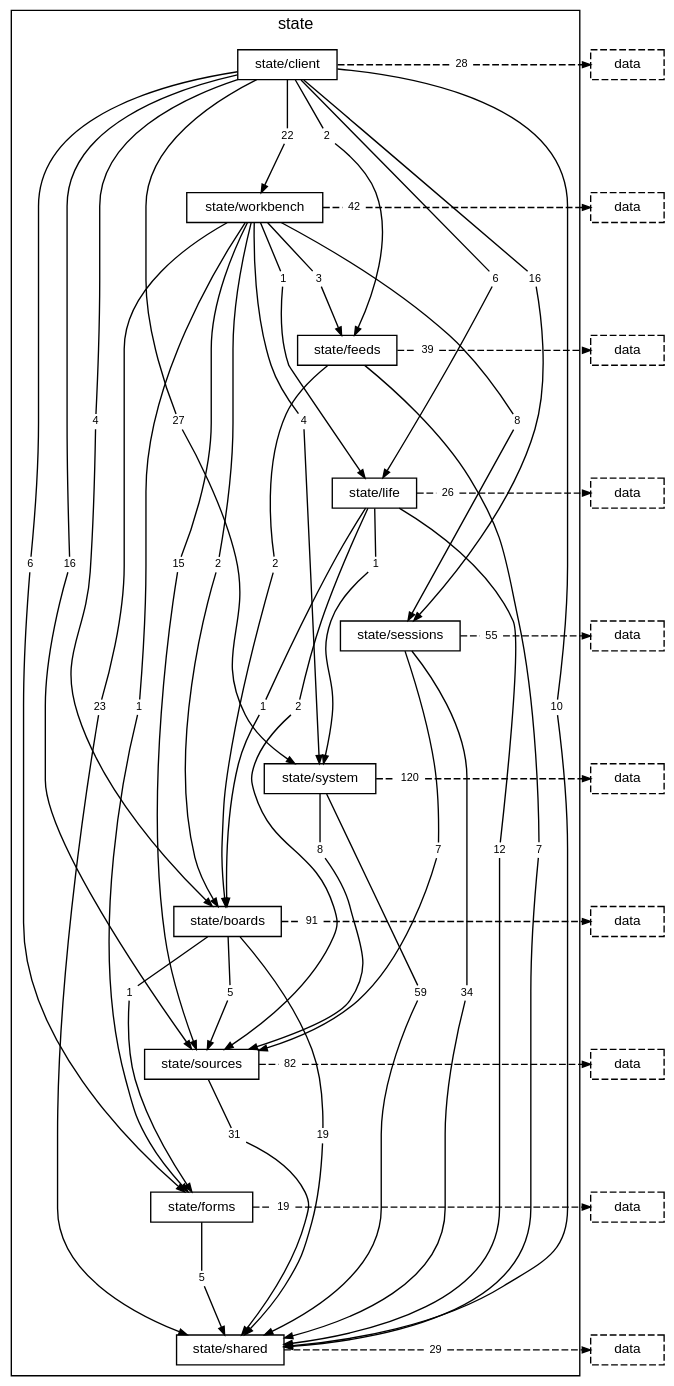
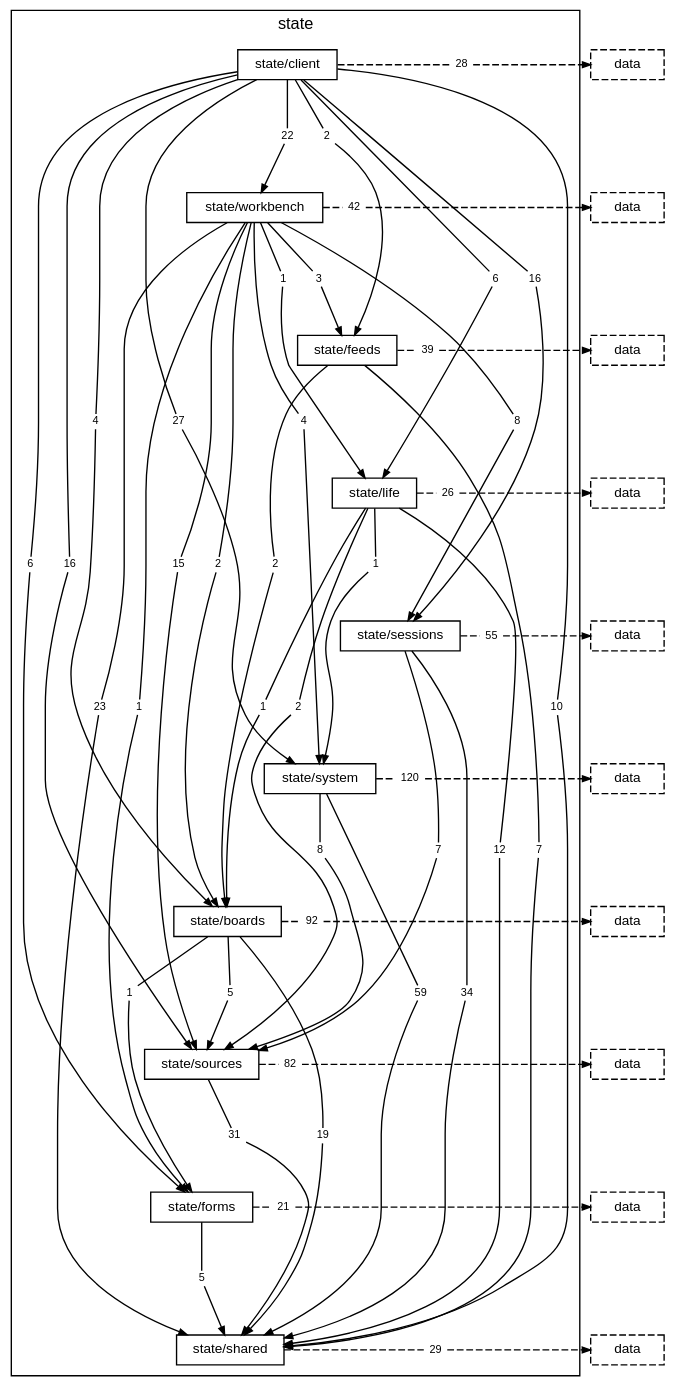
One commit to TheAxeC/oculus changed the diagram in docs/diagrams/layer-state.dot. Above: the diagram before and after it, drawn with Graphviz. The commit also changed 105 other files, not shown here.

```diff
--- a/docs/diagrams/layer-state.dot
+++ b/docs/diagrams/layer-state.dot
@@ -50,11 +50,11 @@
         "folder state/boards to folder state/forms" [label="1", shape=box, color="transparent", fontsize=8, width=0, height=0, margin="0.04,0.02"];
         "folder state/boards to folder state/shared" [label="19", shape=box, color="transparent", fontsize=8, width=0, height=0, margin="0.04,0.02"];
         "folder state/boards to folder state/sources" [label="5", shape=box, color="transparent", fontsize=8, width=0, height=0, margin="0.04,0.02"];
-        "folder state/boards to layer data" [label="91", shape=box, color="transparent", fontsize=8, width=0, height=0, margin="0.04,0.02"];
+        "folder state/boards to layer data" [label="92", shape=box, color="transparent", fontsize=8, width=0, height=0, margin="0.04,0.02"];
         "folder state/sources to folder state/shared" [label="31", shape=box, color="transparent", fontsize=8, width=0, height=0, margin="0.04,0.02"];
         "folder state/sources to layer data" [label="82", shape=box, color="transparent", fontsize=8, width=0, height=0, margin="0.04,0.02"];
         "folder state/forms to folder state/shared" [label="5", shape=box, color="transparent", fontsize=8, width=0, height=0, margin="0.04,0.02"];
-        "folder state/forms to layer data" [label="19", shape=box, color="transparent", fontsize=8, width=0, height=0, margin="0.04,0.02"];
+        "folder state/forms to layer data" [label="21", shape=box, color="transparent", fontsize=8, width=0, height=0, margin="0.04,0.02"];
         "folder state/shared to layer data" [label="29", shape=box, color="transparent", fontsize=8, width=0, height=0, margin="0.04,0.02"];
     }
     "layer data from folder state/client" [label="data", style=dashed];
```
